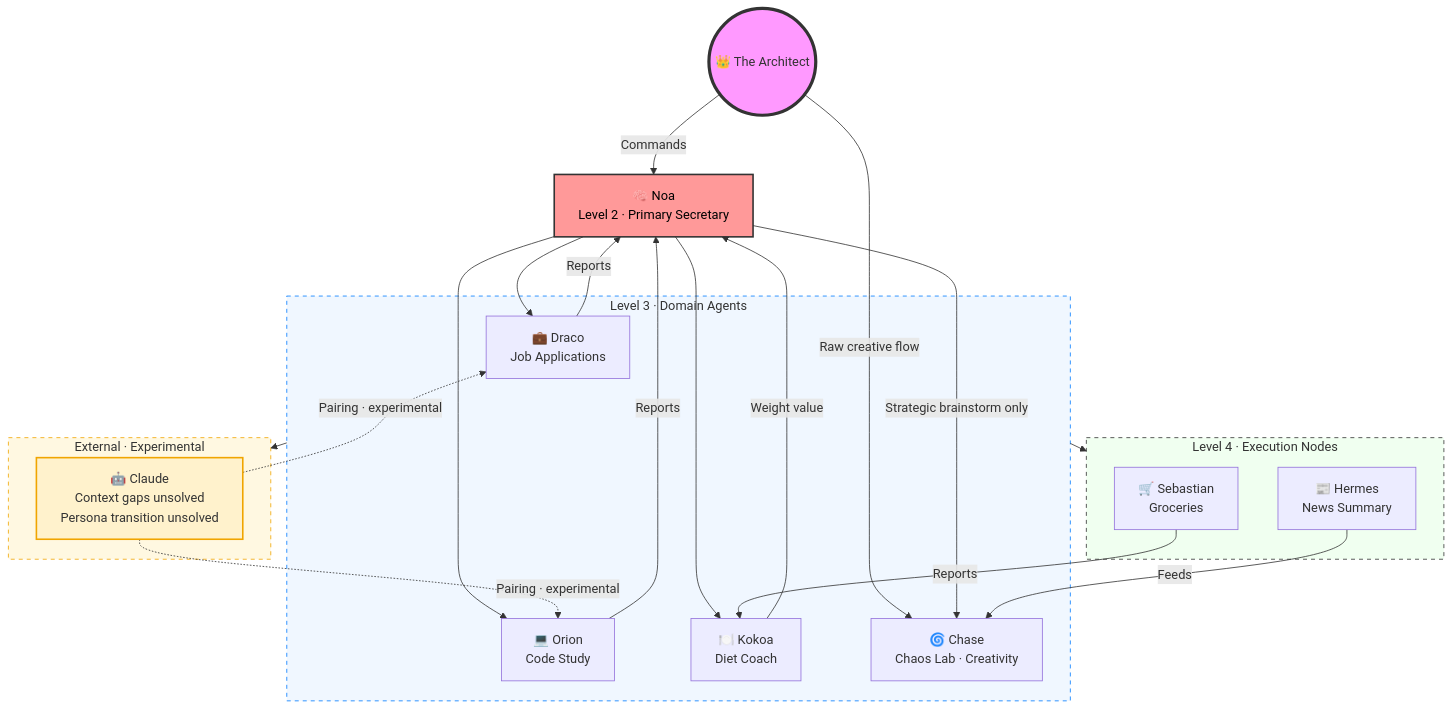
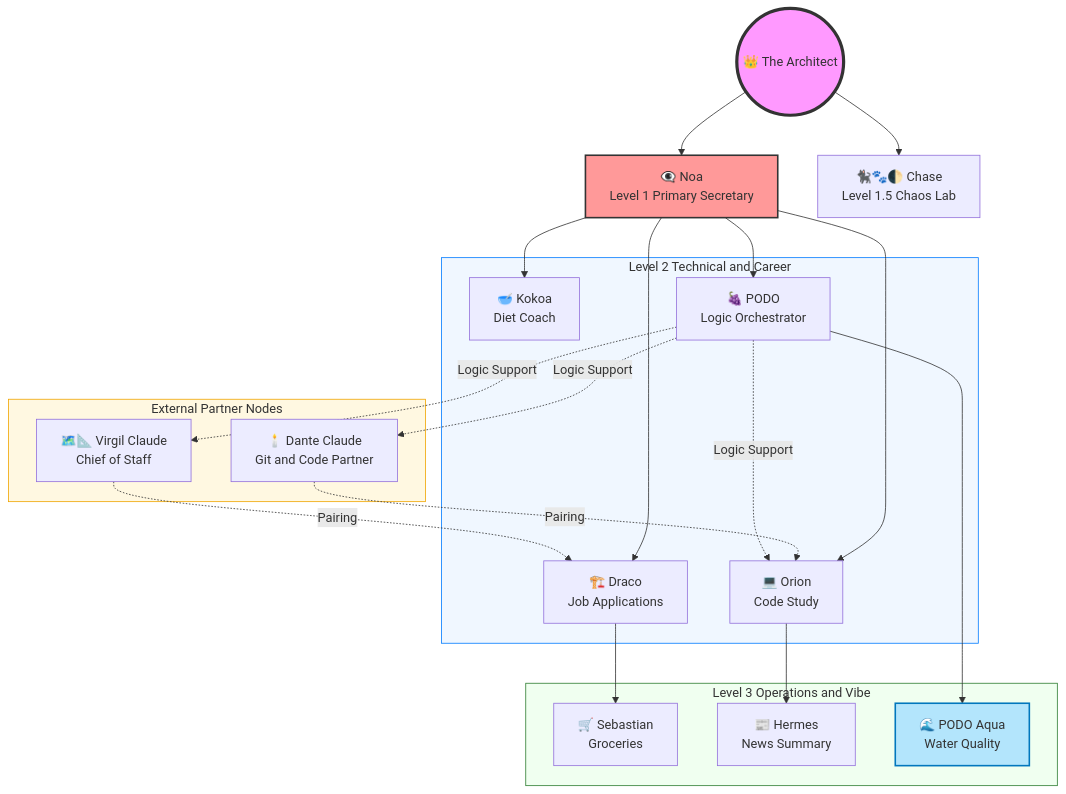
One commit to lynekojawa/logic-orchestrator changed the diagram in Architecture.md. Above: the diagram before and after it, drawn with Mermaid. The commit also changed other lines of this file and 2 other files, not shown here.

Commit message:
docs: [Architecture] Update Documentation, Roster, and System Topology Documentation: Restructured README.md with a clean, monospaced folder hierarchy to ensure layout stability across all platforms. System Topology: Updated the Mermaid architecture diagram to reflect the new hierarchy, including the debut of 'PODO Aqua' (Level 3 Mermaid). Roster Alignment: Refactored the Agent Responsibilities table to align with the latest leveling system, featuring refreshed icons and official status markers. Standardization: Corrected Markdown formatting to ensure visual consistency in agent roles and infrastructure hierarchy. Squad Credits: Lead Architect: lynekojawa Logic Orchestrator: PODO (Dionysus) Chief of Staff: Virgil

````diff
--- a/Architecture.md
+++ b/Architecture.md
@@ -5,59 +5,48 @@
 ```mermaid
 graph TD
     Architect((👑 The Architect))
 
-    Noa["🧠 Noa
-    Level 2 · Primary Secretary"]
+    Noa["👁️‍🗨️ Noa<br/>Level 1 Primary Secretary"]
+    Chase["🐈‍⬛🐾🌓 Chase<br/>Level 1.5 Chaos Lab"]
 
-    subgraph Domain_Layer [Level 3 · Domain Agents]
-        Draco["💼 Draco
-        Job Applications"]
-        Orion["💻 Orion
-        Code Study"]
-        Kokoa["🍽️ Kokoa
-        Diet Coach"]
-        Chase["🌀 Chase
-        Chaos Lab · Creativity"]
+    subgraph Level_2 [Level 2 Technical and Career]
+        Draco["🏗️ Draco<br/>Job Applications"]
+        Orion["💻 Orion<br/>Code Study"]
+        Kokoa["🥣 Kokoa<br/>Diet Coach"]
+        PODO["🍇 PODO<br/>Logic Orchestrator"]
     end
 
-    subgraph Execution_Layer [Level 4 · Execution Nodes]
-        Sebastian["🛒 Sebastian
-        Groceries"]
-        Hermes["📰 Hermes
-        News Summary"]
+    subgraph Level_3 [Level 3 Operations and Vibe]
+        Sebastian["🛒 Sebastian<br/>Groceries"]
+        Hermes["📰 Hermes<br/>News Summary"]
+        PODO_Aqua["🌊 PODO Aqua<br/>Water Quality"]
     end
 
-    subgraph External [External · Experimental]
-        Claude["🤖 Claude
-        Context gaps unsolved
-        Persona transition unsolved"]
+    subgraph External [External Partner Nodes]
+        Dante["🕯️ Dante Claude<br/>Git and Code Partner"]
+        Virgil["🗺️📐 Virgil Claude<br/>Chief of Staff"]
     end
 
-    Architect -->|"Commands"| Noa
-    Architect -->|"Raw creative flow"| Chase
-
+    Architect --> Noa
+    Architect --> Chase
     Noa --> Draco
     Noa --> Orion
     Noa --> Kokoa
-    Noa -->|"Strategic brainstorm only"| Chase
+    Noa --> PODO
+    Draco --> Sebastian
+    Orion --> Hermes
+    PODO --> PODO_Aqua
 
-    Draco -->|"Reports"| Noa
-    Orion -->|"Reports"| Noa
-    Kokoa -->|"Weight value"| Noa
-
-    Domain_Layer --> Execution_Layer
-    Domain_Layer --> External
-
-    Sebastian -->|"Reports"| Kokoa
-    Hermes -->|"Feeds"| Chase
-
-    Claude -.->|"Pairing · experimental"| Draco
-    Claude -.->|"Pairing · experimental"| Orion
+    Virgil -.->|Pairing| Draco
+    Dante -.->|Pairing| Orion
+    PODO -.->|Logic Support| Dante
+    PODO -.->|Logic Support| Orion
+    PODO -.->|Logic Support| Virgil
 
     style Architect fill:#f9f,stroke:#333,stroke-width:4px
-    style Noa fill:#ff9999,color:#000,stroke:#333,stroke-width:2px
-    style Domain_Layer fill:#f0f7ff,stroke:#007bff,stroke-dasharray: 5 5
-    style Execution_Layer fill:#f0fff0,stroke:#333,stroke-dasharray: 5 5
-    style External fill:#fff8e1,stroke:#f0a500,stroke-dasharray: 5 5
-    style Claude fill:#fff2cc,stroke:#f0a500,stroke-width:2px
+    style Noa fill:#ff9999,stroke:#333,stroke-width:2px
+    style PODO_Aqua fill:#b3e5fc,stroke:#0277bd,stroke-width:2px
+    style Level_2 fill:#f0f7ff,stroke:#007bff
+    style Level_3 fill:#f0fff0,stroke:#2e7d32
+    style External fill:#fff8e1,stroke:#f0a500
 ```
````
